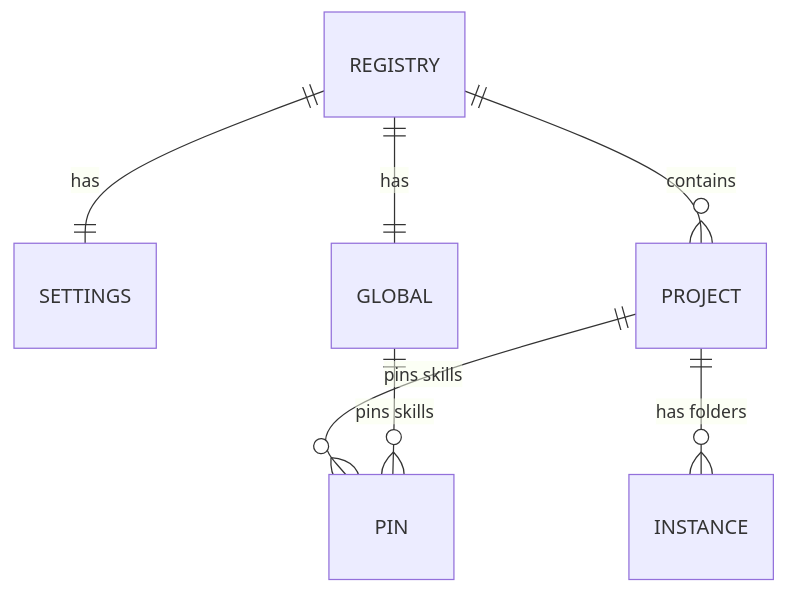
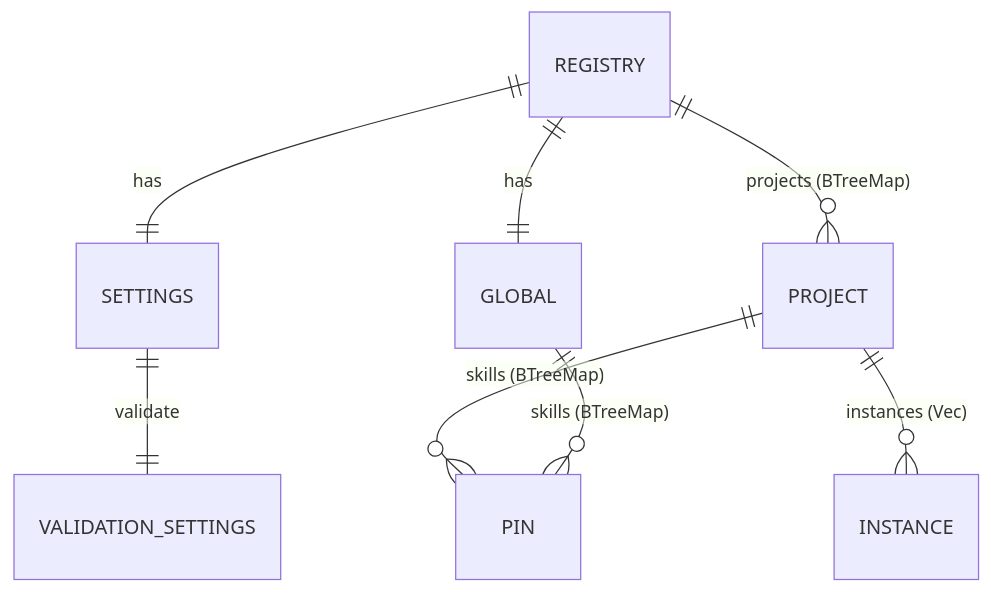
The second of 4 diagrams in wiki/Storage-and-Registry.md (abindran/skillctl), drawn with Mermaid before and after one commit. The commit also changed other lines of this file and 8 other files, not shown here.

First line of the commit message:
Add README and restrict wiki to technical architecture

````diff
--- a/wiki/Storage-and-Registry.md
+++ b/wiki/Storage-and-Registry.md
@@ -82,9 +27,10 @@
 ```mermaid
 erDiagram
     REGISTRY ||--|| SETTINGS : has
     REGISTRY ||--|| GLOBAL : has
-    REGISTRY ||--o{ PROJECT : contains
-    PROJECT ||--o{ INSTANCE : "has folders"
-    PROJECT ||--o{ PIN : "pins skills"
-    GLOBAL ||--o{ PIN : "pins skills"
+    REGISTRY ||--o{ PROJECT : "projects (BTreeMap)"
+    PROJECT ||--o{ INSTANCE : "instances (Vec)"
+    PROJECT ||--o{ PIN : "skills (BTreeMap)"
+    GLOBAL ||--o{ PIN : "skills (BTreeMap)"
+    SETTINGS ||--|| VALIDATION_SETTINGS : validate
 ```
````
